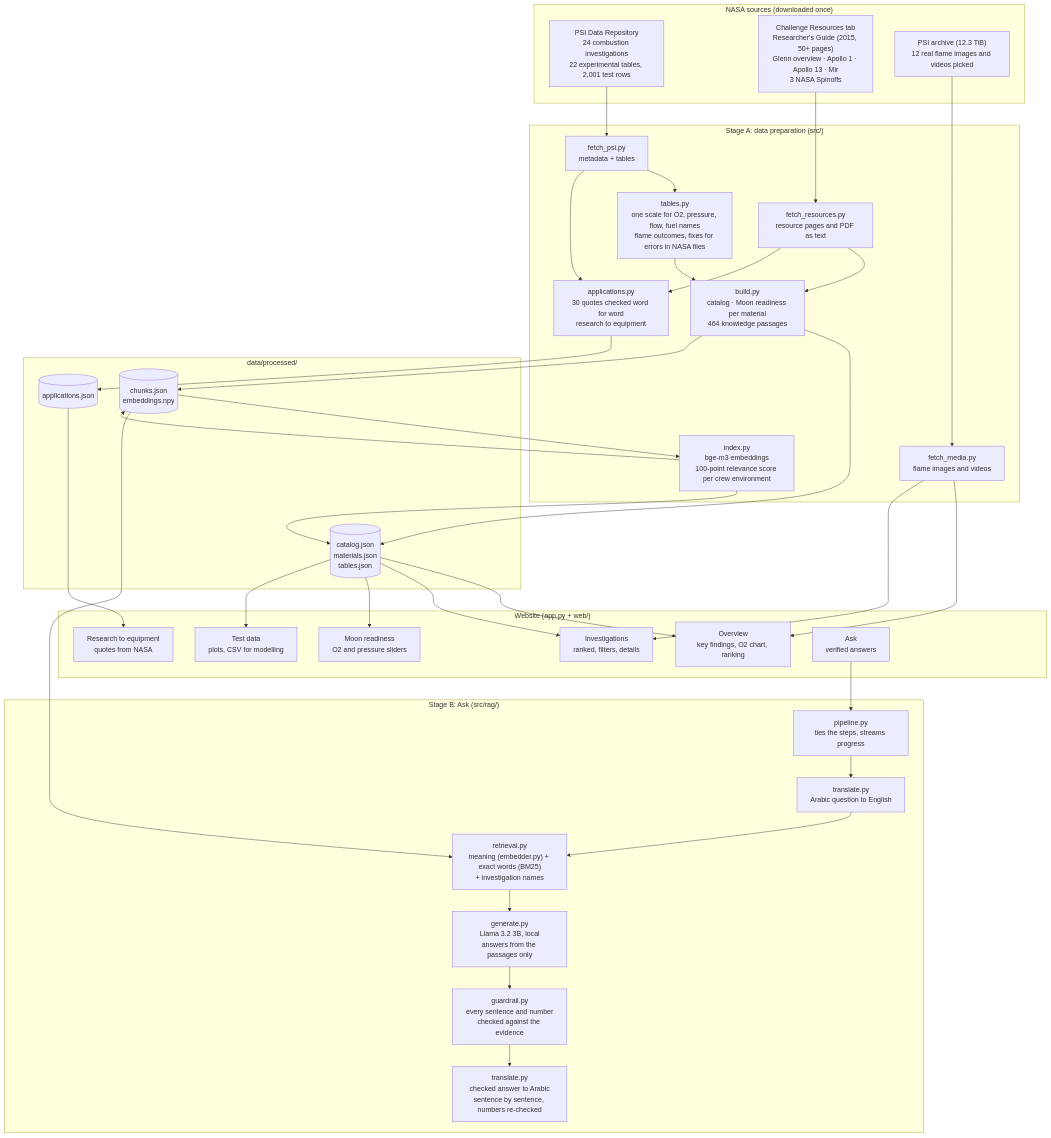
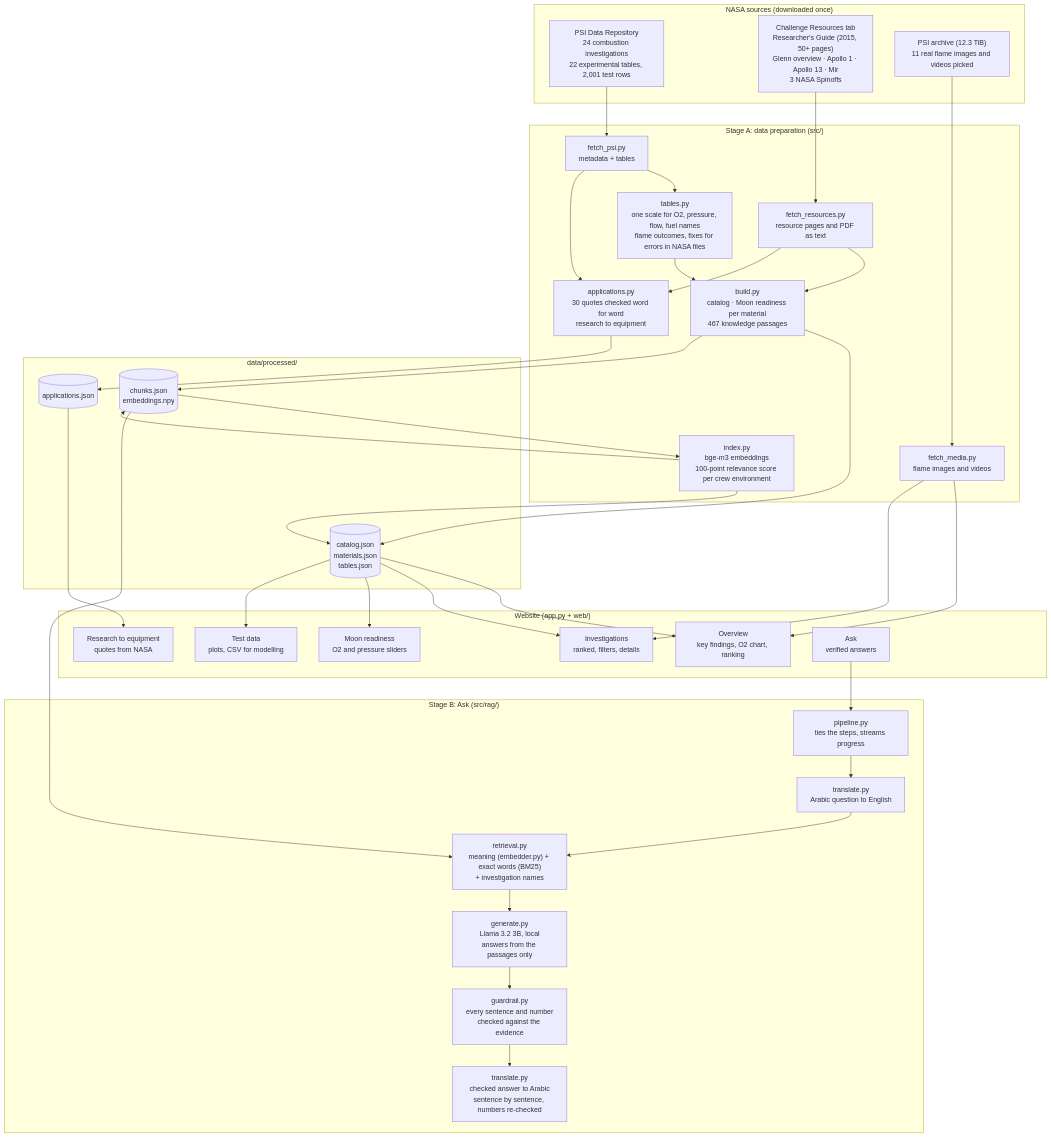
One commit to mariadwaghrh/flame-in-freefall changed the first of 2 diagrams in ARCHITECTURE.md. Above: the diagram before and after it, drawn with Mermaid. The commit also changed other lines of this file and 15 other files, not shown here.

````diff
--- a/ARCHITECTURE.md
+++ b/ARCHITECTURE.md
@@ -9,58 +9,58 @@
 ```mermaid
 flowchart TB
     subgraph SRC["NASA sources (downloaded once)"]
         PSI["PSI Data Repository<br/>24 combustion investigations<br/>22 experimental tables, 2,001 test rows"]
         RES["Challenge Resources tab<br/>Researcher's Guide (2015, 50+ pages)<br/>Glenn overview · Apollo 1 · Apollo 13 · Mir<br/>3 NASA Spinoffs"]
-        ARC["PSI archive (12.3 TiB)<br/>12 real flame images and videos picked"]
+        ARC["PSI archive (12.3 TiB)<br/>11 real flame images and videos picked"]
     end
 
     subgraph PREP["Stage A: data preparation (src/)"]
         F1["fetch_psi.py<br/>metadata + tables"]
         F2["fetch_resources.py<br/>resource pages and PDF as text"]
         F3["fetch_media.py<br/>flame images and videos"]
         T["tables.py<br/>one scale for O2, pressure, flow, fuel names<br/>flame outcomes, fixes for errors in NASA files"]
-        B["build.py<br/>catalog · Moon readiness per material<br/>464 knowledge passages"]
+        B["build.py<br/>catalog · Moon readiness per material<br/>467 knowledge passages"]
         A["applications.py<br/>30 quotes checked word for word<br/>research to equipment"]
         I["index.py<br/>bge-m3 embeddings<br/>100-point relevance score per crew environment"]
     end
 
     subgraph DATA["data/processed/"]
         CAT[("catalog.json<br/>materials.json<br/>tables.json")]
         CH[("chunks.json<br/>embeddings.npy")]
         APP[("applications.json")]
     end
 
     subgraph RAG["Stage B: Ask (src/rag/)"]
         TR1["translate.py<br/>Arabic question to English"]
         RET["retrieval.py<br/>meaning (embedder.py) + exact words (BM25)<br/>+ investigation names"]
         GEN["generate.py<br/>Llama 3.2 3B, local<br/>answers from the passages only"]
         GR["guardrail.py<br/>every sentence and number<br/>checked against the evidence"]
         TR2["translate.py<br/>checked answer to Arabic<br/>sentence by sentence, numbers re-checked"]
         PIPE["pipeline.py<br/>ties the steps, streams progress"]
     end
 
     subgraph WEB["Website (app.py + web/)"]
         V1["Overview<br/>key findings, O2 chart, ranking"]
         V2["Investigations<br/>ranked, filters, details"]
         V3["Moon readiness<br/>O2 and pressure sliders"]
         V4["Research to equipment<br/>quotes from NASA"]
         V5["Test data<br/>plots, CSV for modelling"]
         V6["Ask<br/>verified answers"]
     end
 
     PSI --> F1 --> T --> B
     RES --> F2 --> B
     ARC --> F3
     B --> CAT
     B --> CH
     CH --> I --> CH
     I --> CAT
     F1 --> A
     F2 --> A --> APP
     CAT --> V1 & V2 & V3 & V5
     APP --> V4
     F3 --> V1 & V2
     V6 --> PIPE
     PIPE --> TR1 --> RET --> GEN --> GR --> TR2
     CH --> RET
 ```
````
